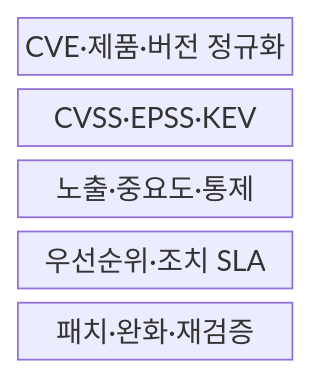
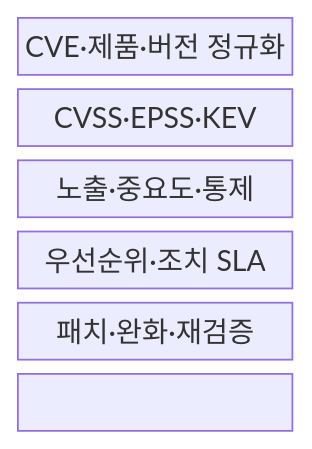
The first of 2 diagrams in src/content/docs/notes/05-security/120_vulnerability_prioritization_epss_cvss.md (agnusdei1207/knowledge-base), drawn with Mermaid before and after one commit. The commit also changed other lines of this file and 151 other files, not shown here.

````diff
--- a/src/content/docs/notes/05-security/120_vulnerability_prioritization_epss_cvss.md
+++ b/src/content/docs/notes/05-security/120_vulnerability_prioritization_epss_cvss.md
@@ -52,9 +52,11 @@
 ```mermaid
 block-beta
   columns 1
   V["CVE·제품·버전 정규화"]
   T["CVSS·EPSS·KEV"]
   A["노출·중요도·통제"]
   P["우선순위·조치 SLA"]
   R["패치·완화·재검증"]
+  V --- T --- A
+  A --- P --- R
 ```
````
